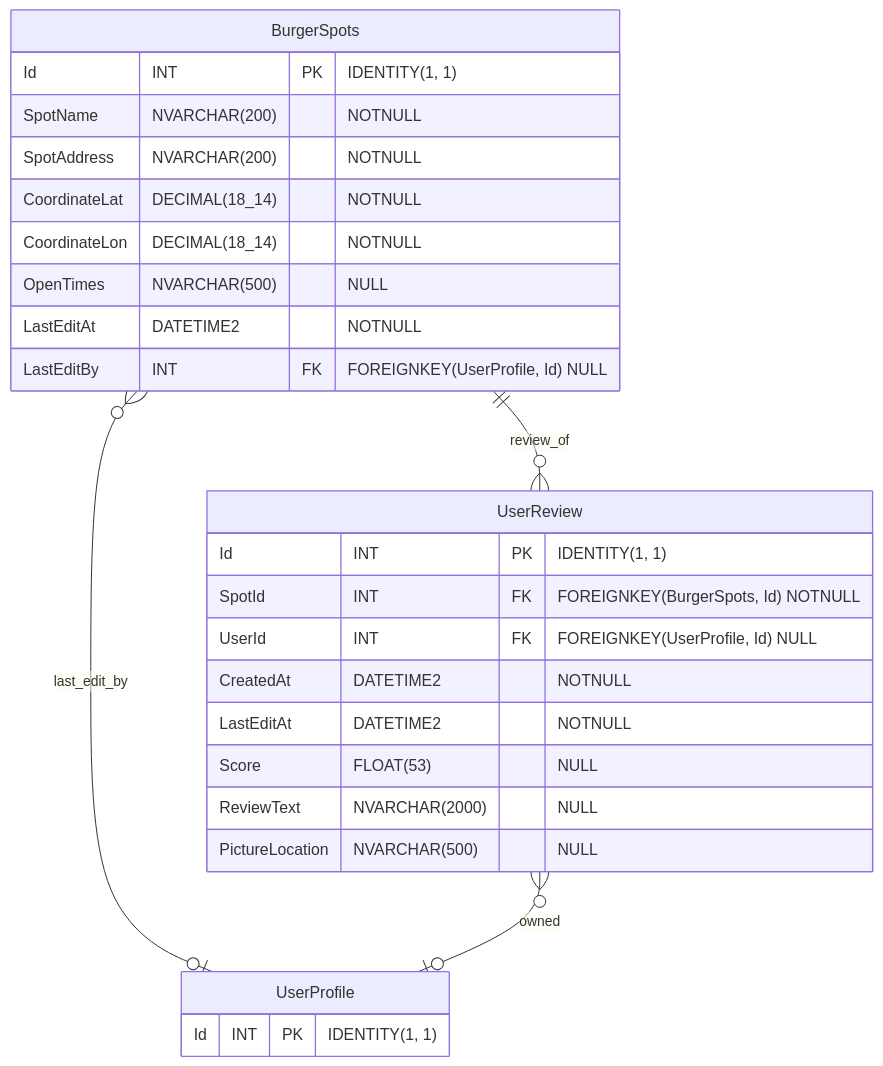
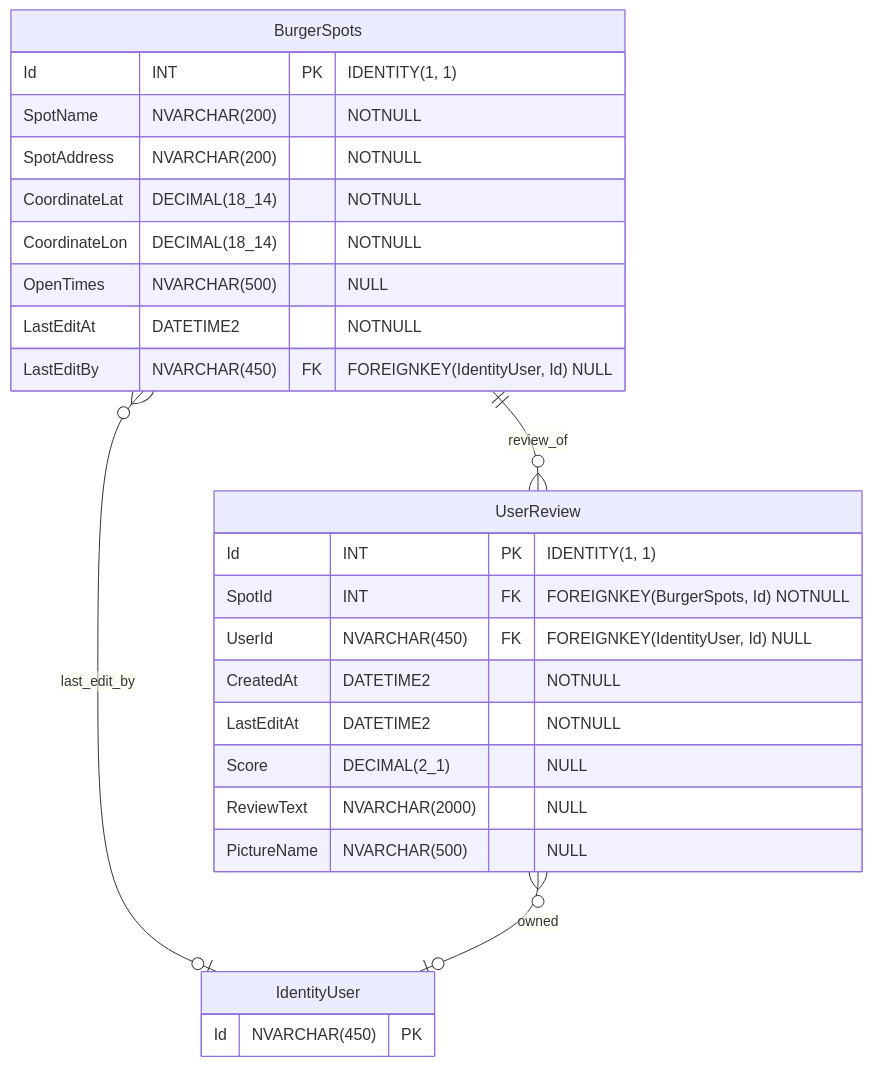
The diagram in README.md (s164152MikkelKaa/TheBurgerBackendProject), drawn with Mermaid before and after one commit. The commit also changed 3 other files, not shown here.

```diff
--- a/README.md
+++ b/README.md
@@ -15,29 +15,29 @@
 ~~~mermaid
 erDiagram
   BurgerSpots {
     Id INT PK "IDENTITY(1, 1)"
     SpotName NVARCHAR(200) "NOTNULL"
     SpotAddress NVARCHAR(200) "NOTNULL"
     CoordinateLat DECIMAL(18_14) "NOTNULL"
     CoordinateLon DECIMAL(18_14) "NOTNULL"
     OpenTimes NVARCHAR(500) "NULL"
     LastEditAt DATETIME2 "NOTNULL"
-    LastEditBy INT FK "FOREIGNKEY(UserProfile, Id) NULL"
+    LastEditBy NVARCHAR(450) FK "FOREIGNKEY(IdentityUser, Id) NULL"
   }
   UserReview {
     Id INT PK "IDENTITY(1, 1)"
     SpotId INT FK "FOREIGNKEY(BurgerSpots, Id) NOTNULL"
-    UserId INT FK "FOREIGNKEY(UserProfile, Id) NULL"
+    UserId NVARCHAR(450) FK "FOREIGNKEY(IdentityUser, Id) NULL"
     CreatedAt DATETIME2 "NOTNULL"
     LastEditAt DATETIME2 "NOTNULL"
-    Score FLOAT(53) "NULL"
+    Score DECIMAL(2_1) "NULL"
     ReviewText NVARCHAR(2000) "NULL"
-    PictureLocation NVARCHAR(500) "NULL"
+    PictureName NVARCHAR(500) "NULL"
   }
   BurgerSpots ||--o{ UserReview : review_of
-  UserProfile {
-    Id INT PK "IDENTITY(1, 1)"
+  IdentityUser {
+    Id NVARCHAR(450) PK
   }
-  BurgerSpots }o--o| UserProfile : last_edit_by
-  UserReview }o--o| UserProfile : owned
+  BurgerSpots }o--o| IdentityUser : last_edit_by
+  UserReview }o--o| IdentityUser : owned
 ~~~
```
